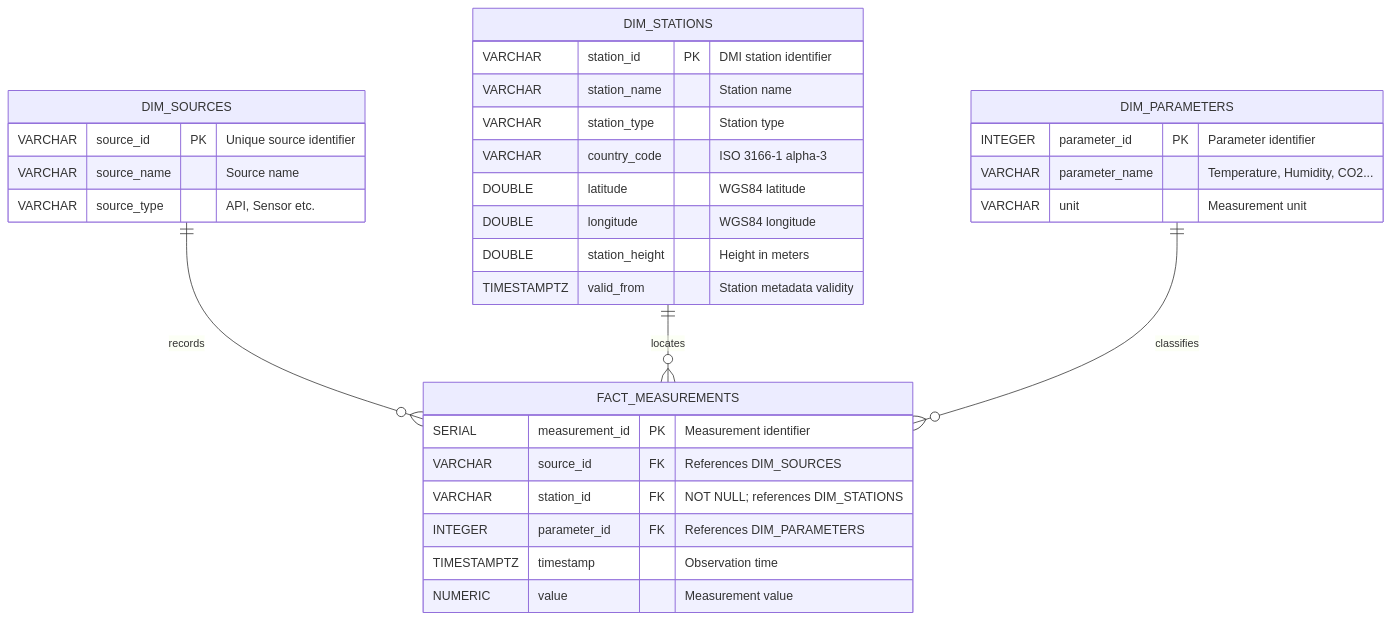
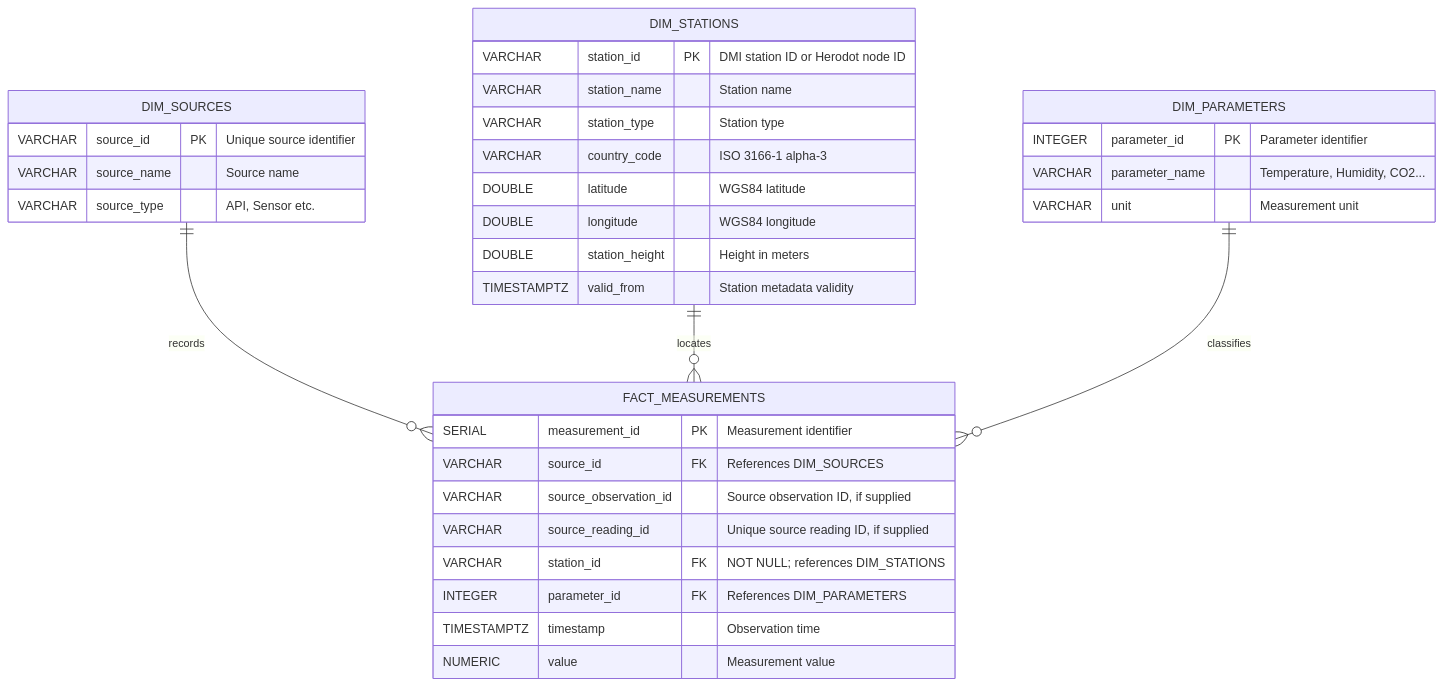
One commit to mielouise/environment_data_project changed the fourth of 4 diagrams in README.md. Above: the diagram before and after it, drawn with Mermaid. The commit also changed other lines of this file and 32 other files, not shown here.

````diff
--- a/README.md
+++ b/README.md
@@ -717,38 +814,40 @@
 ```mermaid
 erDiagram
     DIM_SOURCES ||--o{ FACT_MEASUREMENTS : records
     DIM_STATIONS ||--o{ FACT_MEASUREMENTS : locates
     DIM_PARAMETERS ||--o{ FACT_MEASUREMENTS : classifies
 
     DIM_SOURCES {
         VARCHAR source_id PK "Unique source identifier"
         VARCHAR source_name "Source name"
         VARCHAR source_type "API, Sensor etc."
     }
 
     DIM_PARAMETERS {
         INTEGER parameter_id PK "Parameter identifier"
         VARCHAR parameter_name "Temperature, Humidity, CO2..."
         VARCHAR unit "Measurement unit"
     }
 
     DIM_STATIONS {
-        VARCHAR station_id PK "DMI station identifier"
+        VARCHAR station_id PK "DMI station ID or Herodot node ID"
         VARCHAR station_name "Station name"
         VARCHAR station_type "Station type"
         VARCHAR country_code "ISO 3166-1 alpha-3"
         DOUBLE latitude "WGS84 latitude"
         DOUBLE longitude "WGS84 longitude"
         DOUBLE station_height "Height in meters"
         TIMESTAMPTZ valid_from "Station metadata validity"
     }
 
     FACT_MEASUREMENTS {
         SERIAL measurement_id PK "Measurement identifier"
         VARCHAR source_id FK "References DIM_SOURCES"
+        VARCHAR source_observation_id "Source observation ID, if supplied"
+        VARCHAR source_reading_id "Unique source reading ID, if supplied"
         VARCHAR station_id FK "NOT NULL; references DIM_STATIONS"
         INTEGER parameter_id FK "References DIM_PARAMETERS"
         TIMESTAMPTZ timestamp "Observation time"
         NUMERIC value "Measurement value"
     }
 ```
````
